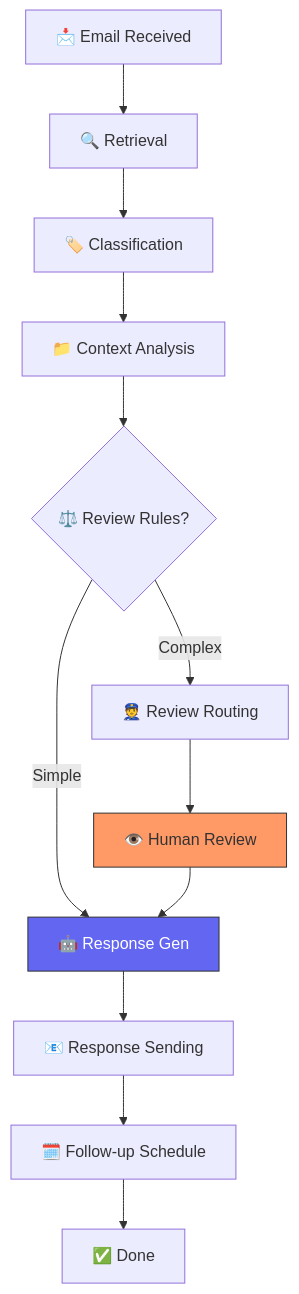
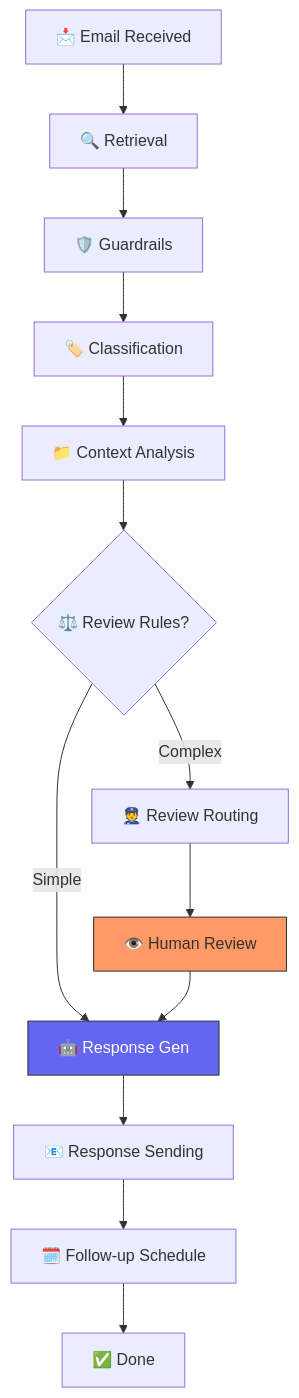
One commit to Rohit7069/Agentic-AI-Customer-Support-Email-Agent changed the diagram in README.md. Above: the diagram before and after it, drawn with Mermaid. The commit also changed other lines of this file and 16 other files, not shown here.

````diff
--- a/README.md
+++ b/README.md
@@ -30,17 +63,18 @@
 ```mermaid
 graph TD
     A[📩 Email Received] --> B[🔍 Retrieval]
-    B --> C[🏷️ Classification]
-    C --> D[📁 Context Analysis]
-    D --> E{⚖️ Review Rules?}
-    E -- Complex --> F[👮 Review Routing]
-    E -- Simple --> G[🤖 Response Gen]
-    F --> H[👁️ Human Review]
-    H --> G
-    G --> I[📧 Response Sending]
-    I --> J[🗓️ Follow-up Schedule]
-    J --> K[✅ Done]
+    B --> C[🛡️ Guardrails]
+    C --> D[🏷️ Classification]
+    D --> E[📁 Context Analysis]
+    E --> F{⚖️ Review Rules?}
+    F -- Complex --> G[👮 Review Routing]
+    F -- Simple --> H[🤖 Response Gen]
+    G --> I[👁️ Human Review]
+    I --> H
+    H --> J[📧 Response Sending]
+    J --> K[🗓️ Follow-up Schedule]
+    K --> L[✅ Done]
     
-    style H fill:#f96,stroke:#333
-    style G fill:#6366f1,stroke:#333,color:#fff
+    style I fill:#f96,stroke:#333
+    style H fill:#6366f1,stroke:#333,color:#fff
 ```
````
